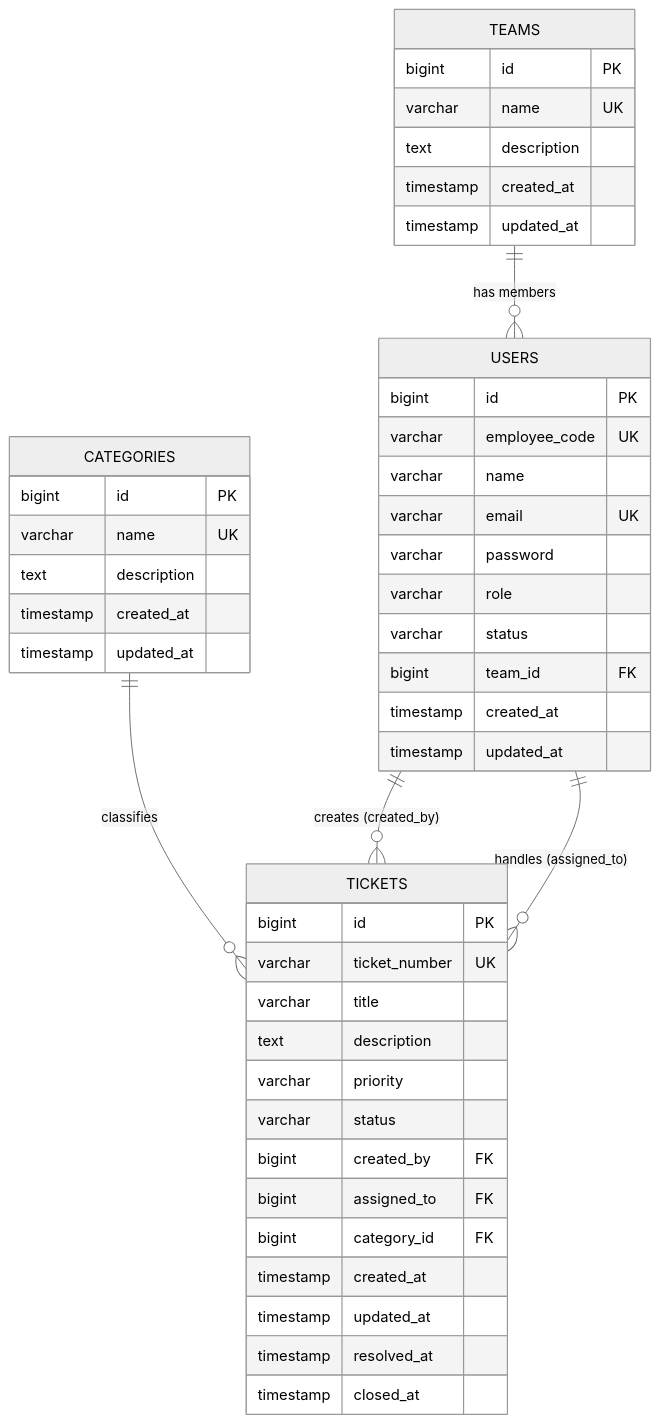
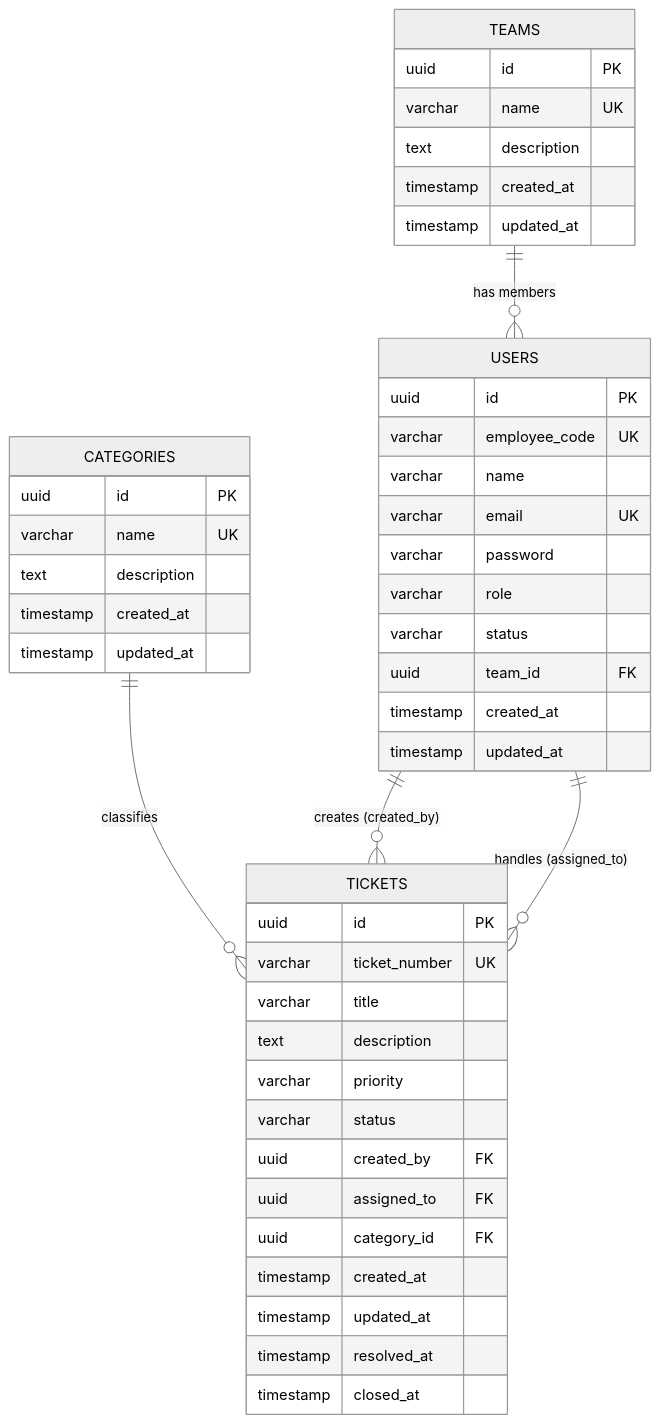
Before and after one commit to kommagallashivanand-maker/deskfloebackenddeployment: the diagram in README.md, drawn with Mermaid (neutral theme). The commit also changed 1 other file, not shown here.

Commit message:
refactor(DF-001): change database keys from BIGINT to UUID

````diff
--- a/README.md
+++ b/README.md
@@ -11,52 +11,52 @@
 ```mermaid
 erDiagram
     TEAMS ||--o{ USERS : "has members"
     CATEGORIES ||--o{ TICKETS : "classifies"
     USERS ||--o{ TICKETS : "creates (created_by)"
     USERS ||--o{ TICKETS : "handles (assigned_to)"
 
     TEAMS {
-        bigint id PK
+        uuid id PK
         varchar name UK
         text description
         timestamp created_at
         timestamp updated_at
     }
 
     CATEGORIES {
-        bigint id PK
+        uuid id PK
         varchar name UK
         text description
         timestamp created_at
         timestamp updated_at
     }
 
     USERS {
-        bigint id PK
+        uuid id PK
         varchar employee_code UK
         varchar name
         varchar email UK
         varchar password
         varchar role
         varchar status
-        bigint team_id FK
+        uuid team_id FK
         timestamp created_at
         timestamp updated_at
     }
 
     TICKETS {
-        bigint id PK
+        uuid id PK
         varchar ticket_number UK
         varchar title
         text description
         varchar priority
         varchar status
-        bigint created_by FK
-        bigint assigned_to FK
-        bigint category_id FK
+        uuid created_by FK
+        uuid assigned_to FK
+        uuid category_id FK
         timestamp created_at
         timestamp updated_at
         timestamp resolved_at
         timestamp closed_at
     }
 ```
````
